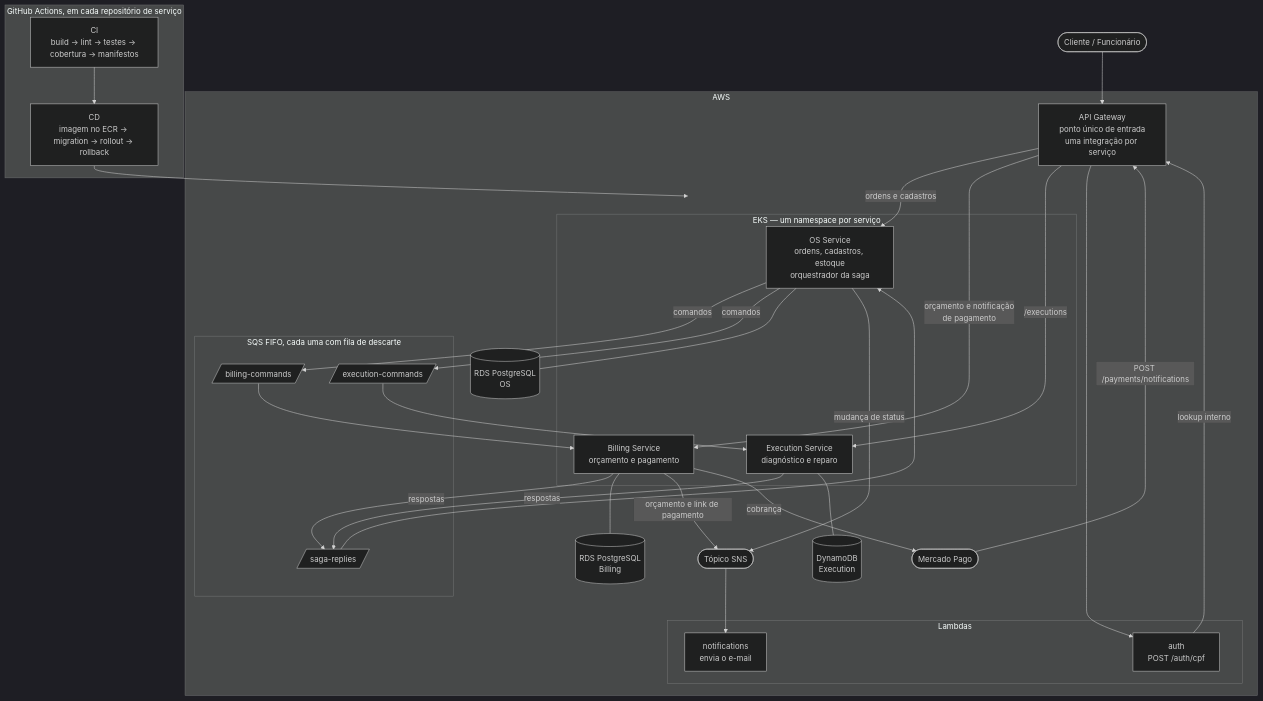
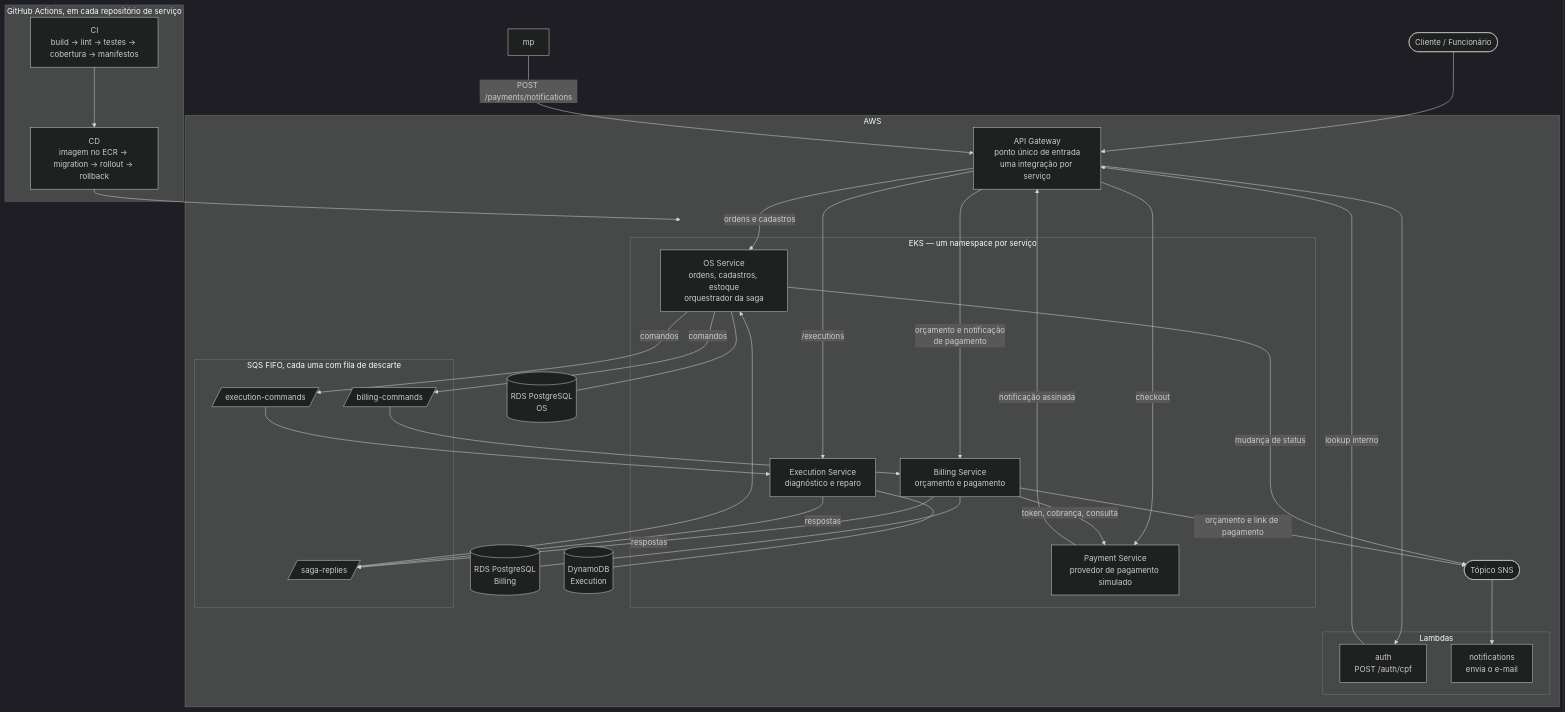
One commit to diandria/fiap-tech-challenge changed the diagram in README.md. Above: the diagram before and after it, drawn with Mermaid (dark theme). The commit also changed other lines of this file and 2 other files, not shown here.

Commit message:
docs: show the payment service in the architecture

````diff
--- a/README.md
+++ b/README.md
@@ -119,61 +124,63 @@
 ```mermaid
 flowchart TB
     user(["Cliente / Funcionário"])
-    mp(["Mercado Pago"])
 
     subgraph aws["AWS"]
         gw["API Gateway\nponto único de entrada\numa integração por serviço"]
 
         subgraph serverless["Lambdas"]
             authfn["auth\nPOST /auth/cpf"]
             notifyfn["notifications\nenvia o e-mail"]
         end
 
         subgraph k8s["EKS — um namespace por serviço"]
             os["OS Service\nordens, cadastros, estoque\norquestrador da saga"]
             billing["Billing Service\norçamento e pagamento"]
             execution["Execution Service\ndiagnóstico e reparo"]
+            payment["Payment Service\nprovedor de pagamento simulado"]
         end
 
         subgraph queues["SQS FIFO, cada uma com fila de descarte"]
             qb[/"billing-commands"/]
             qe[/"execution-commands"/]
             qr[/"saga-replies"/]
         end
 
         rdsos[("RDS PostgreSQL\nOS")]
         rdsbill[("RDS PostgreSQL\nBilling")]
         ddb[("DynamoDB\nExecution")]
         sns(["Tópico SNS"])
 
         gw -->|"ordens e cadastros"| os
         gw -->|"orçamento e notificação\nde pagamento"| billing
         gw -->|"/executions"| execution
+        gw -->|"checkout"| payment
         gw --> authfn
         authfn -->|"lookup interno"| gw
 
         os -->|"comandos"| qb --> billing
         os -->|"comandos"| qe --> execution
         billing -->|"respostas"| qr
         execution -->|"respostas"| qr
         qr --> os
 
         os --- rdsos
         billing --- rdsbill
         execution --- ddb
         os -->|"mudança de status"| sns
         billing -->|"orçamento e link de pagamento"| sns
         sns --> notifyfn
-        billing -->|"cobrança"| mp
+        billing -->|"token, cobrança, consulta"| payment
+        payment -->|"notificação assinada"| gw
     end
 
     subgraph gha["GitHub Actions, em cada repositório de serviço"]
         ci["CI\nbuild → lint → testes → cobertura → manifestos"]
         cd["CD\nimagem no ECR → migration → rollout → rollback"]
         ci --> cd
     end
 
     user --> gw
     mp -->|"POST /payments/notifications"| gw
     cd --> k8s
 ```
````
